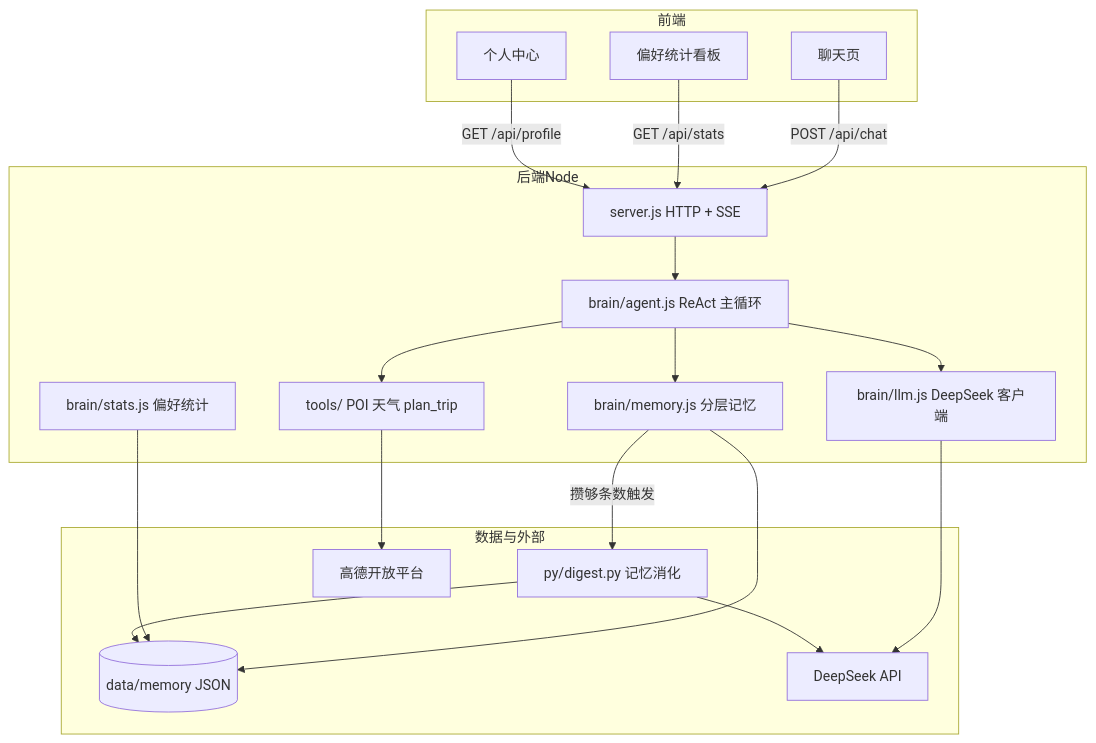
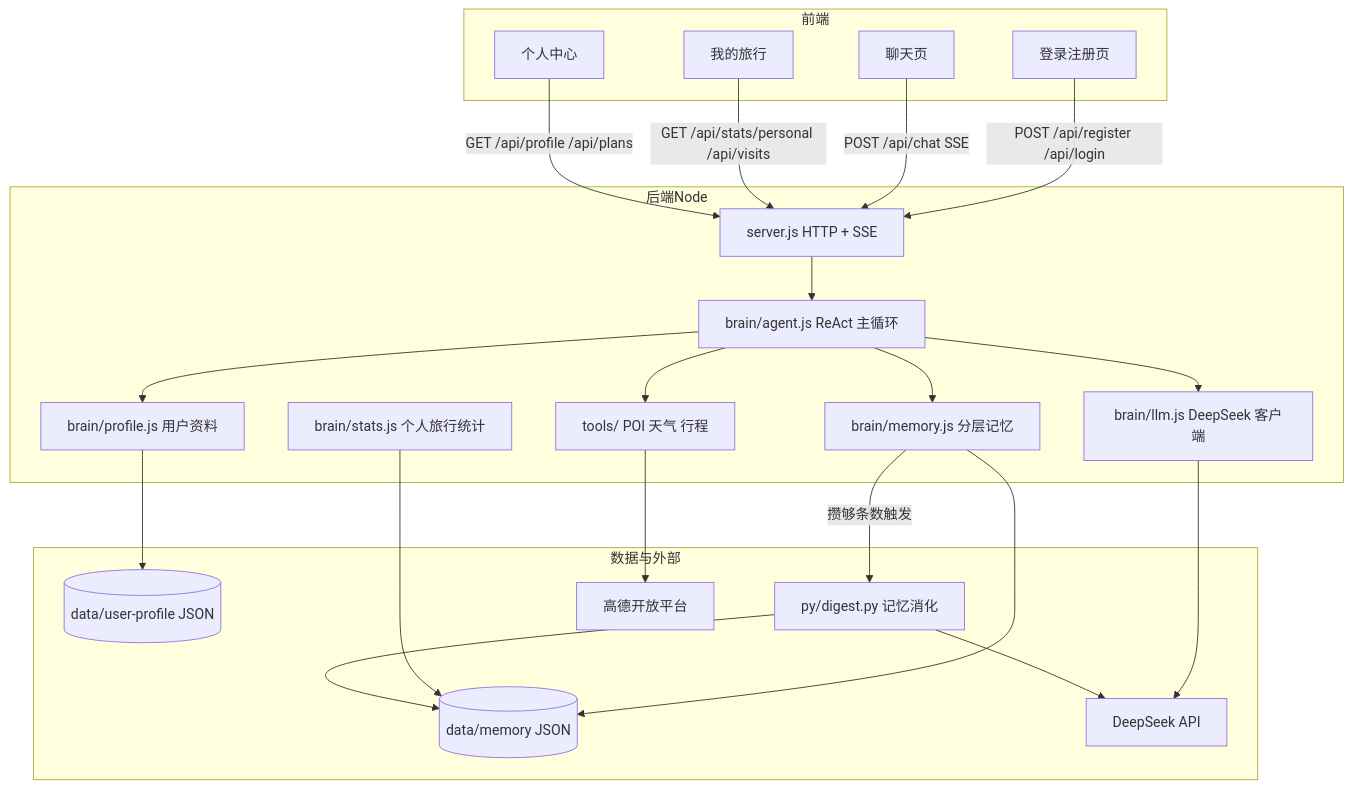
Before and after one commit to tishencainiao/tuyi: the diagram in docs/architecture.md, drawn with Mermaid. The commit also changed other lines of this file and 39 other files, not shown here.

Commit message:
feat: v3.4.0 工程化收尾（删全局统计/删legacy/单测/ESLint/拆包/限流/schema版本/文档地图/release脚本）

````diff
--- a/docs/architecture.md
+++ b/docs/architecture.md
@@ -7,36 +7,42 @@
 ```mermaid
 graph TB
   subgraph 前端
+    W0[登录注册页]
     W1[聊天页]
-    W2[偏好统计看板]
+    W2[我的旅行]
     W3[个人中心]
   end
   subgraph 后端Node
     S[server.js HTTP + SSE]
     A[brain/agent.js ReAct 主循环]
     L[brain/llm.js DeepSeek 客户端]
     M[brain/memory.js 分层记忆]
-    ST[brain/stats.js 偏好统计]
-    T[tools/ POI 天气 plan_trip]
+    ST[brain/stats.js 个人旅行统计]
+    PR[brain/profile.js 用户资料]
+    T[tools/ POI 天气 行程]
   end
   subgraph 数据与外部
     D[(data/memory JSON)]
+    DP[(data/user-profile JSON)]
     P[py/digest.py 记忆消化]
     DS[DeepSeek API]
     AM[高德开放平台]
   end
-  W1 -->|POST /api/chat| S
-  W2 -->|GET /api/stats| S
-  W3 -->|GET /api/profile| S
+  W0 -->|POST /api/register /api/login| S
+  W1 -->|POST /api/chat  SSE| S
+  W2 -->|GET /api/stats/personal /api/visits| S
+  W3 -->|GET /api/profile /api/plans| S
   S --> A
   A --> L
   A --> T
   A --> M
+  A --> PR
   M --> D
+  PR --> DP
   ST --> D
   T --> AM
   L --> DS
   P --> D
   P --> DS
   M -->|攒够条数触发| P
 ```
````
